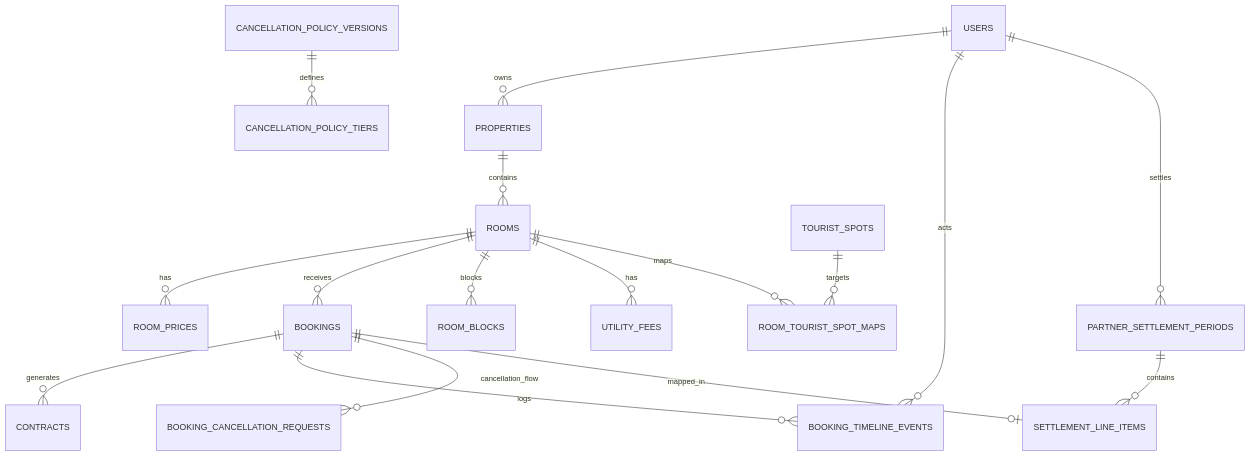
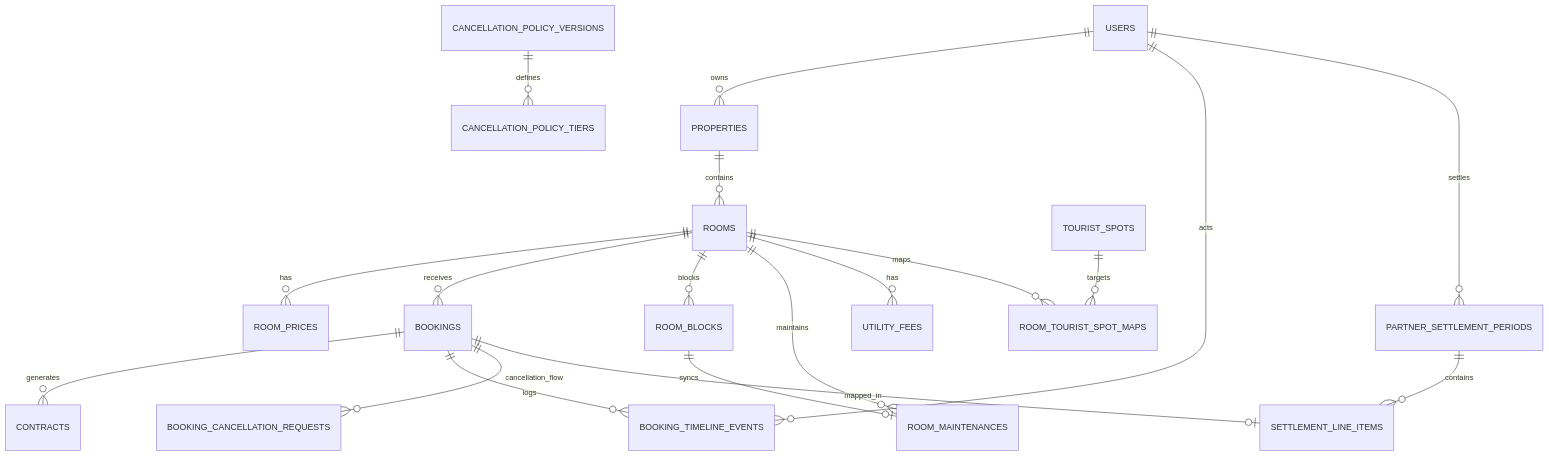
One commit to mngoc28/bks-system-be changed the diagram in docs/databases_docs/db_overview_etc_core_schema.md. Above: the diagram before and after it, drawn with Mermaid. The commit also changed other lines of this file and 73 other files, not shown here.

````diff
--- a/docs/databases_docs/db_overview_etc_core_schema.md
+++ b/docs/databases_docs/db_overview_etc_core_schema.md
@@ -355,19 +387,21 @@
 ```mermaid
 erDiagram
   USERS ||--o{ PROPERTIES : owns
   PROPERTIES ||--o{ ROOMS : contains
   ROOMS ||--o{ ROOM_PRICES : has
   ROOMS ||--o{ BOOKINGS : receives
   ROOMS ||--o{ ROOM_BLOCKS : blocks
+  ROOMS ||--o{ ROOM_MAINTENANCES : maintains
+  ROOM_BLOCKS ||--o| ROOM_MAINTENANCES : syncs
   ROOMS ||--o{ UTILITY_FEES : has
   ROOMS ||--o{ ROOM_TOURIST_SPOT_MAPS : maps
   BOOKINGS ||--o{ CONTRACTS : generates
   BOOKINGS ||--o{ BOOKING_TIMELINE_EVENTS : logs
   USERS ||--o{ BOOKING_TIMELINE_EVENTS : acts
   BOOKINGS ||--o{ BOOKING_CANCELLATION_REQUESTS : cancellation_flow
   CANCELLATION_POLICY_VERSIONS ||--o{ CANCELLATION_POLICY_TIERS : defines
   TOURIST_SPOTS ||--o{ ROOM_TOURIST_SPOT_MAPS : targets
   BOOKINGS ||--o| SETTLEMENT_LINE_ITEMS : mapped_in
   PARTNER_SETTLEMENT_PERIODS ||--o{ SETTLEMENT_LINE_ITEMS : contains
   USERS ||--o{ PARTNER_SETTLEMENT_PERIODS : settles
 ```
````
